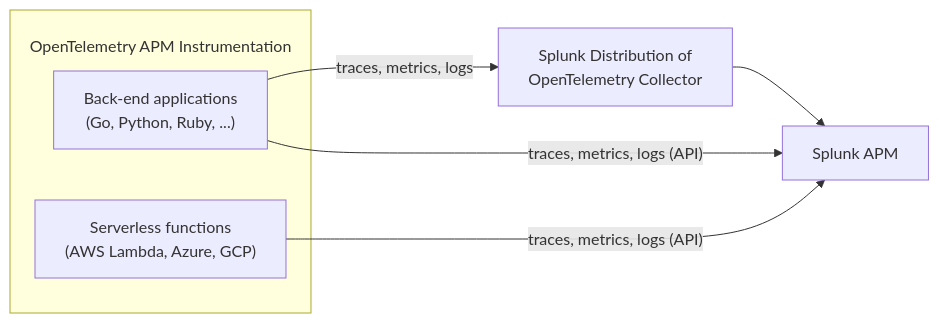
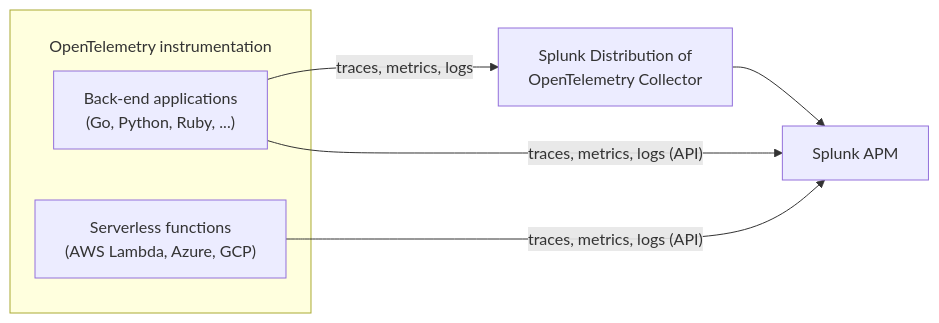
Before and after one commit to splunk/public-o11y-docs: the diagram in gdi/get-data-in/application/application.rst, drawn with Mermaid.

```diff
--- a/gdi/get-data-in/application/application.rst
+++ b/gdi/get-data-in/application/application.rst
@@ -27,21 +27,21 @@
 .. mermaid::
 
    flowchart LR
 
-      subgraph "\nOpenTelemetry APM Instrumentation"
+      subgraph "\nOpenTelemetry instrumentation"
 
 
       A["Back-end applications
       (Go, Python, Ruby, ...)"]
       B["Serverless functions 
       (AWS Lambda, Azure, GCP)"]
       end
 
       A -- "traces, metrics, logs" --> O
 
       O["Splunk Distribution of 
       OpenTelemetry Collector"]
       O --> M["Splunk APM"]
 
       A -- "traces, metrics, logs (API)" --> M
       B -- "traces, metrics, logs (API)" --> M
```
